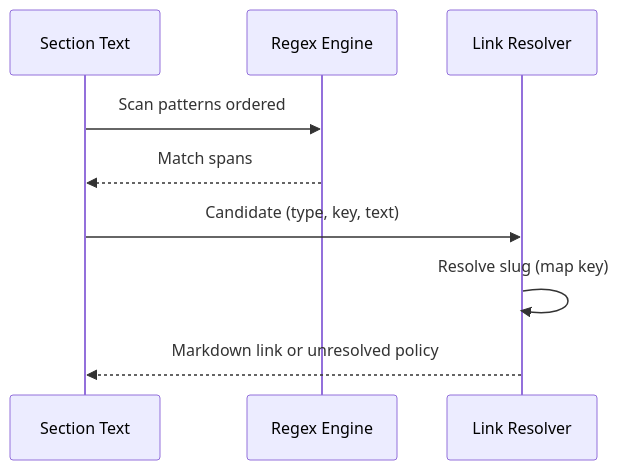
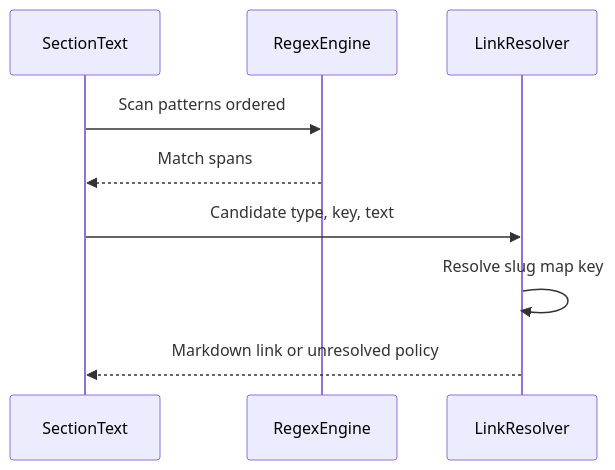
Before and after one commit to FBakkensen/bc-automated-tests-doc: the fifth of 5 diagrams in doc/design.md, drawn with Mermaid. The commit also changed other lines of this file and 4 other files, not shown here.

````diff
--- a/doc/design.md
+++ b/doc/design.md
@@ -296,11 +296,11 @@
 ```mermaid
 sequenceDiagram
-  participant S as Section Text
-  participant R as Regex Engine
-  participant L as Link Resolver
+  participant S as SectionText
+  participant R as RegexEngine
+  participant L as LinkResolver
   S->>R: Scan patterns ordered
   R-->>S: Match spans
-  S->>L: Candidate (type, key, text)
-  L->>L: Resolve slug (map key)
+  S->>L: Candidate type, key, text
+  L->>L: Resolve slug map key
   L-->>S: Markdown link or unresolved policy
 ```
````
